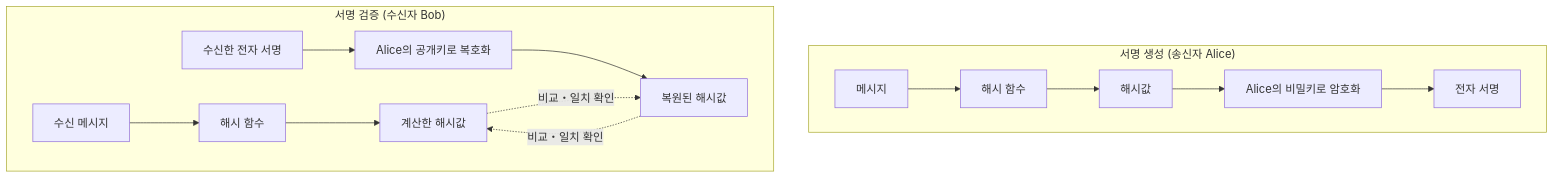
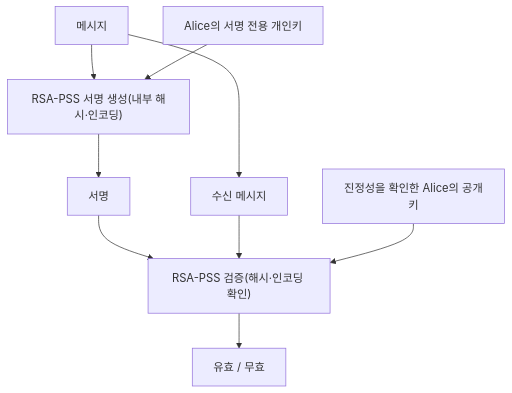
Before and after one commit to kenjinote/blog: the second of 3 diagrams in content/post/modern-cryptography-public-key-hash-signature/index.ko.md, drawn with Mermaid. The commit also changed other lines of this file and 6 other files, not shown here.

````diff
--- a/content/post/modern-cryptography-public-key-hash-signature/index.ko.md
+++ b/content/post/modern-cryptography-public-key-hash-signature/index.ko.md
@@ -231,20 +217,11 @@
 ```mermaid
 graph TD
-    subgraph "서명 생성 (송신자 Alice)"
-        M1["메시지"] --> H1["해시 함수"]
-        H1 --> Hash1["해시값"]
-        Hash1 --> Sign["Alice의 비밀키로 암호화"]
-        Sign --> Sig["전자 서명"]
-    end
-
-    subgraph "서명 검증 (수신자 Bob)"
-        M2["수신 메시지"] --> H2["해시 함수"]
-        H2 --> Hash2["계산한 해시값"]
-        
-        Sig2["수신한 전자 서명"] --> Ver["Alice의 공개키로 복호화"]
-        Ver --> Hash3["복원된 해시값"]
-        
-        Hash2 -.->|"비교・일치 확인"| Hash3
-        Hash3 -.->|"비교・일치 확인"| Hash2
-    end
+    M["메시지"] --> S["RSA-PSS 서명 생성(내부 해시·인코딩)"]
+    SK["Alice의 서명 전용 개인키"] --> S
+    S --> SIG["서명"]
+    M --> RM["수신 메시지"]
+    SIG --> V["RSA-PSS 검증(해시·인코딩 확인)"]
+    RM --> V
+    PK["진정성을 확인한 Alice의 공개키"] --> V
+    V --> R["유효 / 무효"]
 ```
````
